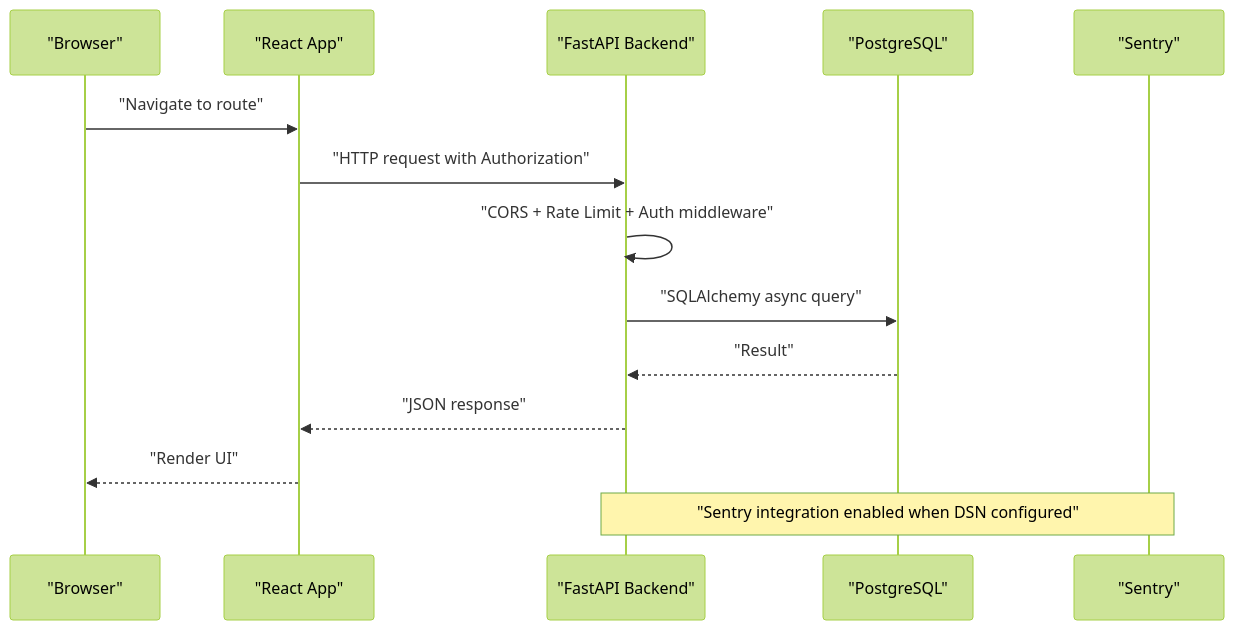
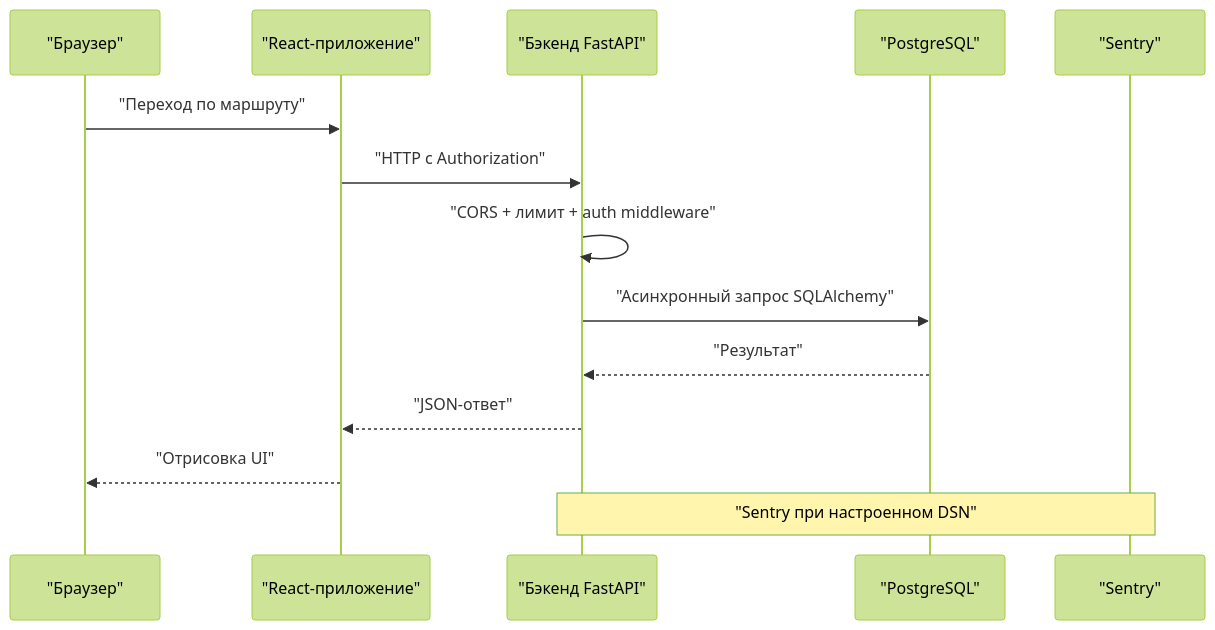
The second of 5 diagrams in .qoder/repowiki/en/content/Development Guidelines & Contributing.md (nilsnavi/fit_trackerpro), drawn with Mermaid (forest theme) before and after one commit. The commit also changed other lines of this file and 11 other files, not shown here.

````diff
--- a/.qoder/repowiki/en/content/Development Guidelines & Contributing.md
+++ b/.qoder/repowiki/en/content/Development Guidelines & Contributing.md
@@ -137,16 +141,16 @@
 ```mermaid
 sequenceDiagram
-participant Browser as "Browser"
-participant Frontend as "React App"
-participant API as "FastAPI Backend"
+participant Browser as "Браузер"
+participant Frontend as "React-приложение"
+participant API as "Бэкенд FastAPI"
 participant DB as "PostgreSQL"
 participant Sentry as "Sentry"
-Browser->>Frontend : "Navigate to route"
-Frontend->>API : "HTTP request with Authorization"
-API->>API : "CORS + Rate Limit + Auth middleware"
-API->>DB : "SQLAlchemy async query"
-DB-->>API : "Result"
-API-->>Frontend : "JSON response"
-Frontend-->>Browser : "Render UI"
-Note over API,Sentry : "Sentry integration enabled when DSN configured"
+Browser->>Frontend : "Переход по маршруту"
+Frontend->>API : "HTTP с Authorization"
+API->>API : "CORS + лимит + auth middleware"
+API->>DB : "Асинхронный запрос SQLAlchemy"
+DB-->>API : "Результат"
+API-->>Frontend : "JSON-ответ"
+Frontend-->>Browser : "Отрисовка UI"
+Note over API,Sentry : "Sentry при настроенном DSN"
 ```
````
